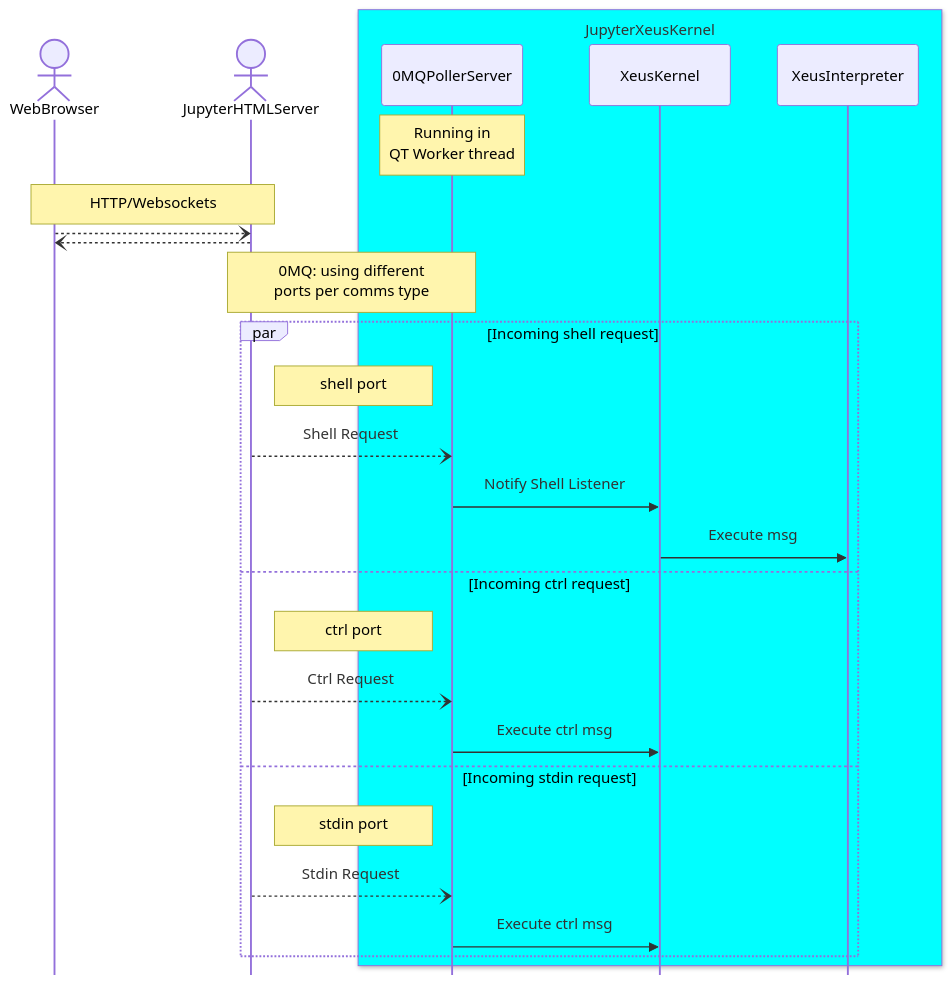
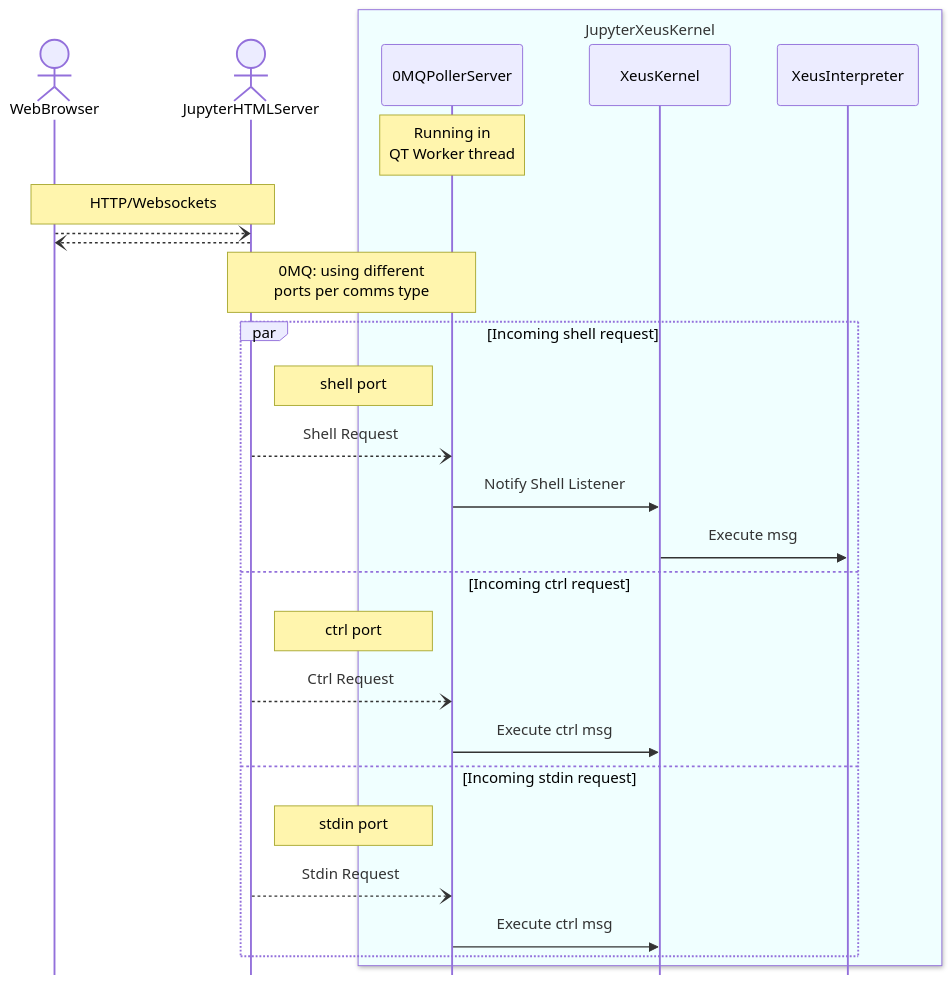
One commit to ManiVaultStudio/JupyterPlugin changed the third of 3 diagrams in README.md. Above: the diagram before and after it, drawn with Mermaid.

````diff
--- a/README.md
+++ b/README.md
@@ -112,40 +112,40 @@
 ```mermaid
 %%{init: {'sequence': {'mirrorActors': false}}}%%
 sequenceDiagram
     %% autonumber
     actor BR as WebBrowser
     actor JHS as JupyterHTMLServer
 
-    box aqua JupyterXeusKernel
+    box azure JupyterXeusKernel
     participant 0PS as 0MQPollerServer
 
     participant XK as XeusKernel
     participant XI as XeusInterpreter
     end
 
     Note over 0PS: Running in <br> QT Worker thread
 
     Note over BR,JHS: HTTP/Websockets
     BR--)JHS: 
     JHS--)BR:  
 
 
 
     Note over JHS,0PS: 0MQ: using different <br> ports per comms type
 
     par Incoming shell request
         note right of JHS: shell port 
         JHS--)0PS: Shell Request
         0PS->>XK: Notify Shell Listener
         XK->>XI: Execute msg
     and Incoming ctrl request
         note right of JHS: ctrl port 
         JHS--)0PS: Ctrl Request
         0PS->>XK: Execute ctrl msg
     and Incoming stdin request
         note right of JHS: stdin port 
         JHS--)0PS: Stdin Request
         0PS->>XK: Execute ctrl msg
     end
 
 ```
````
